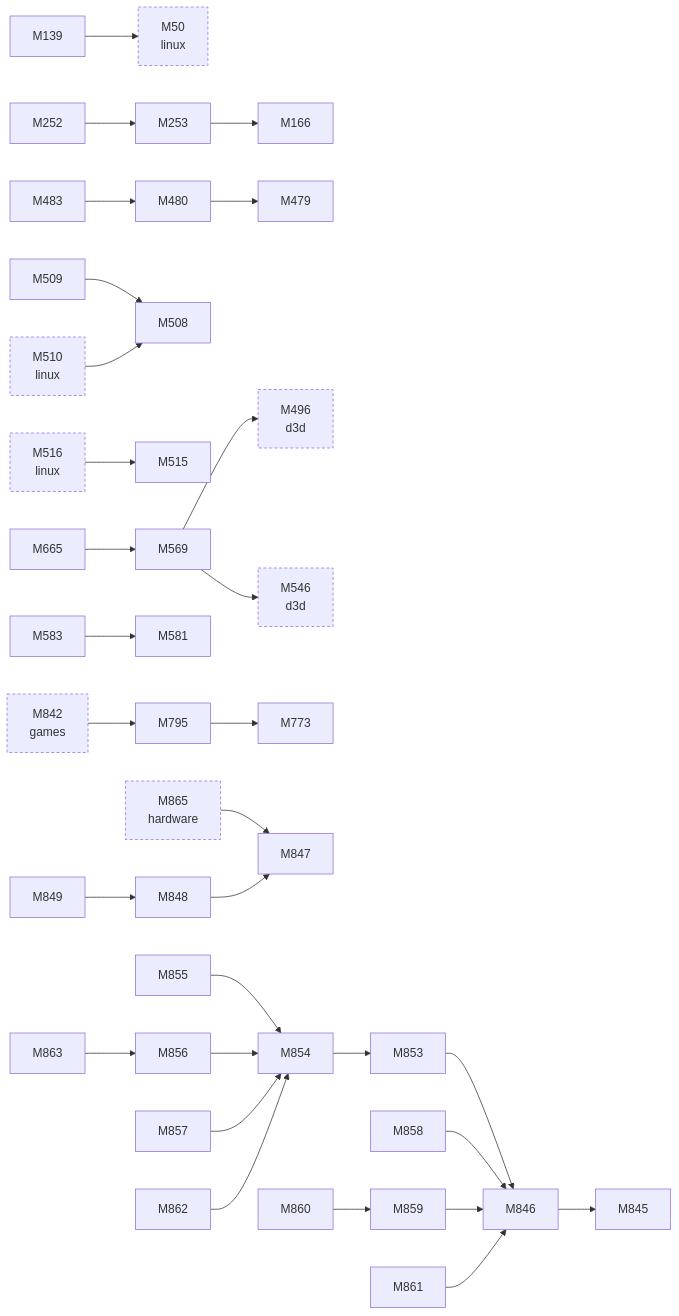
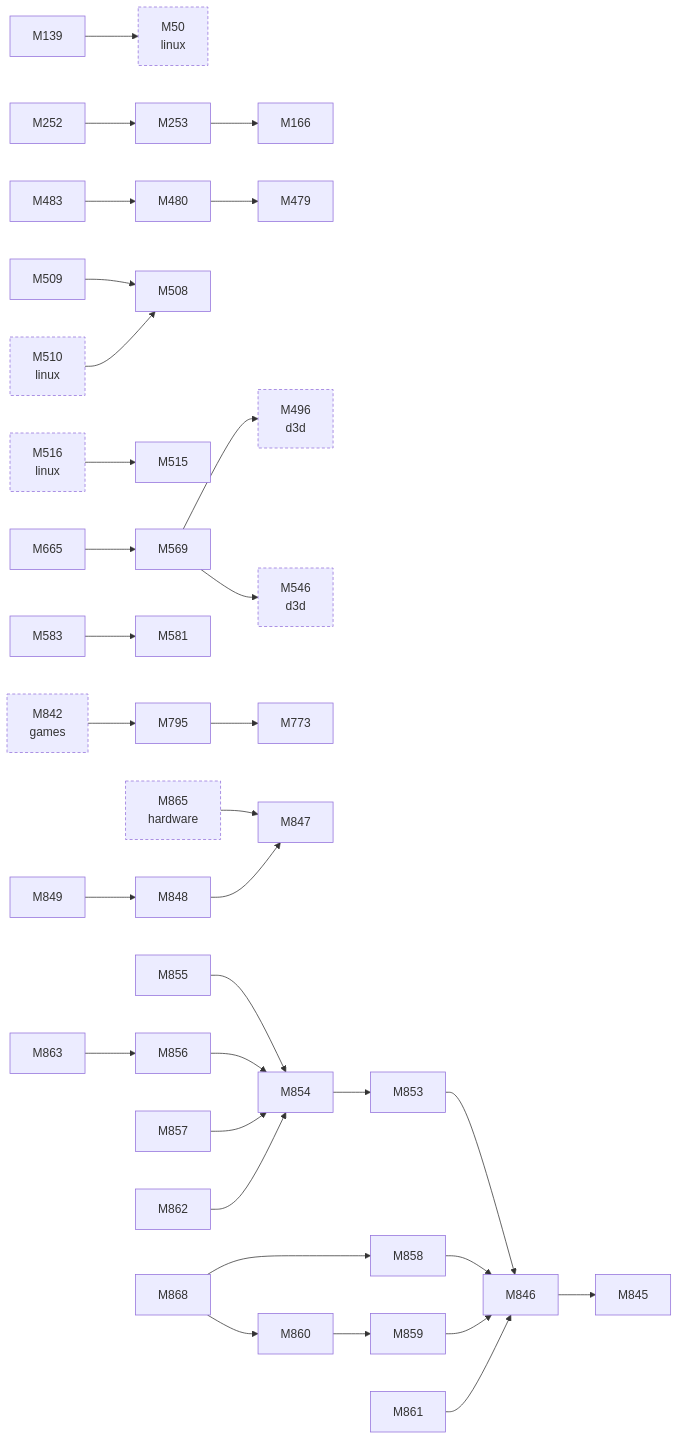
One commit to D-Ogi/amdgpu-wddm changed the second of 2 diagrams in docs/facts/graphs/icd.md. Above: the diagram before and after it, drawn with Mermaid. The commit also changed other lines of this file and 84 other files, not shown here.

````diff
--- a/docs/facts/graphs/icd.md
+++ b/docs/facts/graphs/icd.md
@@ -32,73 +35,76 @@
 ```mermaid
 flowchart LR
   M50["M50<br/>linux"]
   M139["M139"]
   M166["M166"]
   M252["M252"]
   M253["M253"]
   M479["M479"]
   M480["M480"]
   M483["M483"]
   M496["M496<br/>d3d"]
   M508["M508"]
   M509["M509"]
   M510["M510<br/>linux"]
   M515["M515"]
   M516["M516<br/>linux"]
   M546["M546<br/>d3d"]
   M569["M569"]
   M581["M581"]
   M583["M583"]
   M665["M665"]
   M773["M773"]
   M795["M795"]
   M842["M842<br/>games"]
   M845["M845"]
   M846["M846"]
   M847["M847"]
   M848["M848"]
   M849["M849"]
   M853["M853"]
   M854["M854"]
   M855["M855"]
   M856["M856"]
   M857["M857"]
   M858["M858"]
   M859["M859"]
   M860["M860"]
   M861["M861"]
   M862["M862"]
   M863["M863"]
   M865["M865<br/>hardware"]
+  M868["M868"]
   M865 --> M847
   M139 --> M50
   M252 --> M253
   M253 --> M166
   M480 --> M479
   M483 --> M480
   M509 --> M508
   M569 --> M496
   M569 --> M546
   M583 --> M581
   M665 --> M569
   M795 --> M773
   M846 --> M845
   M848 --> M847
   M849 --> M848
   M853 --> M846
   M854 --> M853
   M855 --> M854
   M856 --> M854
   M857 --> M854
   M858 --> M846
   M859 --> M846
   M860 --> M859
   M861 --> M846
   M862 --> M854
   M863 --> M856
+  M868 --> M858
+  M868 --> M860
   M842 --> M795
   M510 --> M508
   M516 --> M515
   classDef other stroke-dasharray:4 3
   class M50,M496,M510,M516,M546,M842,M865 other
 ```
````
